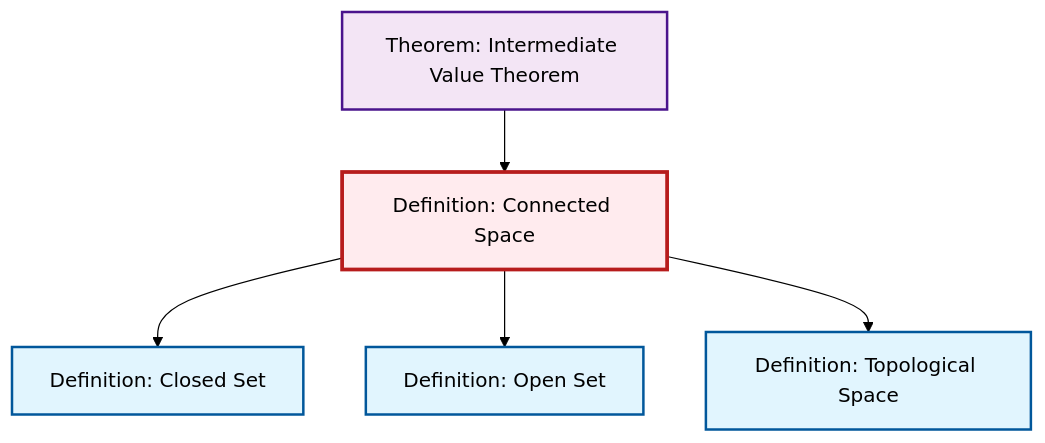
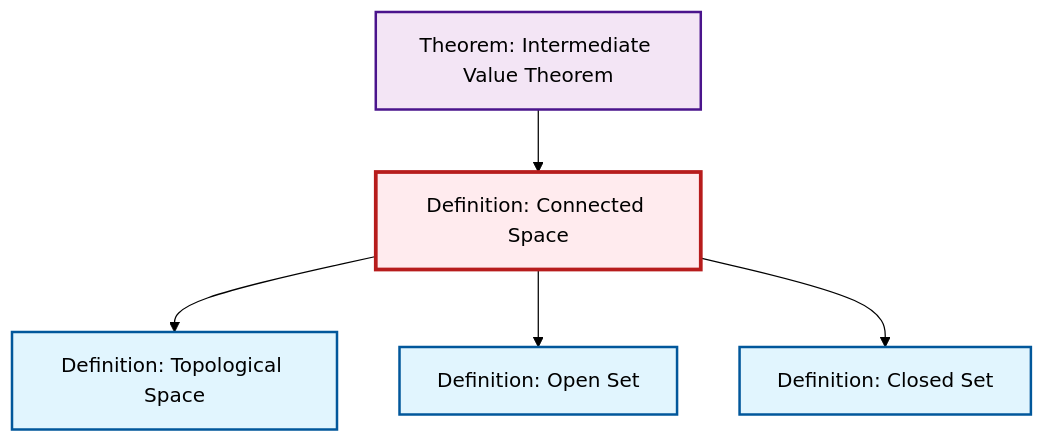
The diagram in content/en/topology/def-connected.qmd (RK0429/ModernMath), drawn with Mermaid (forest theme) before and after one commit. The commit also changed other lines of this file and 530 other files, not shown here.

````diff
--- a/content/en/topology/def-connected.qmd
+++ b/content/en/topology/def-connected.qmd
@@ -49,23 +49,23 @@
 ```{mermaid}
 %%| fig-cap: "Local dependency graph"
 graph TD
     classDef definition fill:#e1f5fe,stroke:#01579b,stroke-width:2px
     classDef theorem fill:#f3e5f5,stroke:#4a148c,stroke-width:2px
     classDef axiom fill:#fff3e0,stroke:#e65100,stroke-width:2px
     classDef example fill:#e8f5e9,stroke:#1b5e20,stroke-width:2px
     classDef current fill:#ffebee,stroke:#b71c1c,stroke-width:3px
+    thm-intermediate-value["Theorem: Intermediate Value Theorem"]:::theorem
+    def-topological-space["Definition: Topological Space"]:::definition
     def-open-set["Definition: Open Set"]:::definition
     def-closed-set["Definition: Closed Set"]:::definition
-    thm-intermediate-value["Theorem: Intermediate Value Theorem"]:::theorem
     def-connected["Definition: Connected Space"]:::definition
-    def-topological-space["Definition: Topological Space"]:::definition
+    def-connected --> def-topological-space
     thm-intermediate-value --> def-connected
+    def-connected --> def-open-set
     def-connected --> def-closed-set
-    def-connected --> def-open-set
-    def-connected --> def-topological-space
     class def-connected current
+    click thm-intermediate-value "thm-intermediate-value.html" "Go to Intermediate Value Theorem theorem"
+    click def-topological-space "def-topological-space.html" "Go to Topological Space definition"
     click def-open-set "def-open-set.html" "Go to Open Set definition"
     click def-closed-set "def-closed-set.html" "Go to Closed Set definition"
-    click thm-intermediate-value "thm-intermediate-value.html" "Go to Intermediate Value Theorem theorem"
-    click def-topological-space "def-topological-space.html" "Go to Topological Space definition"
 ```
````
